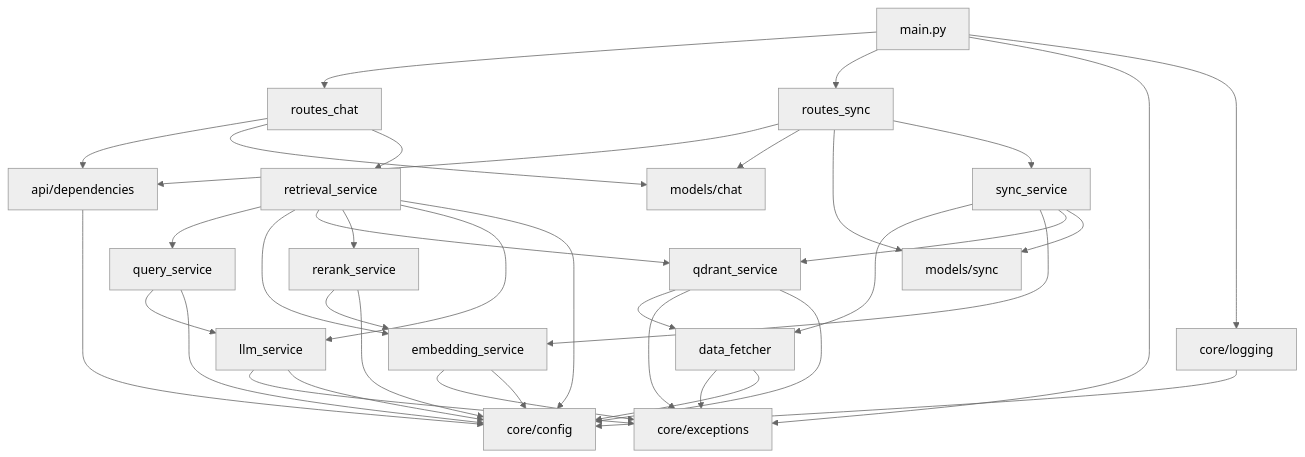
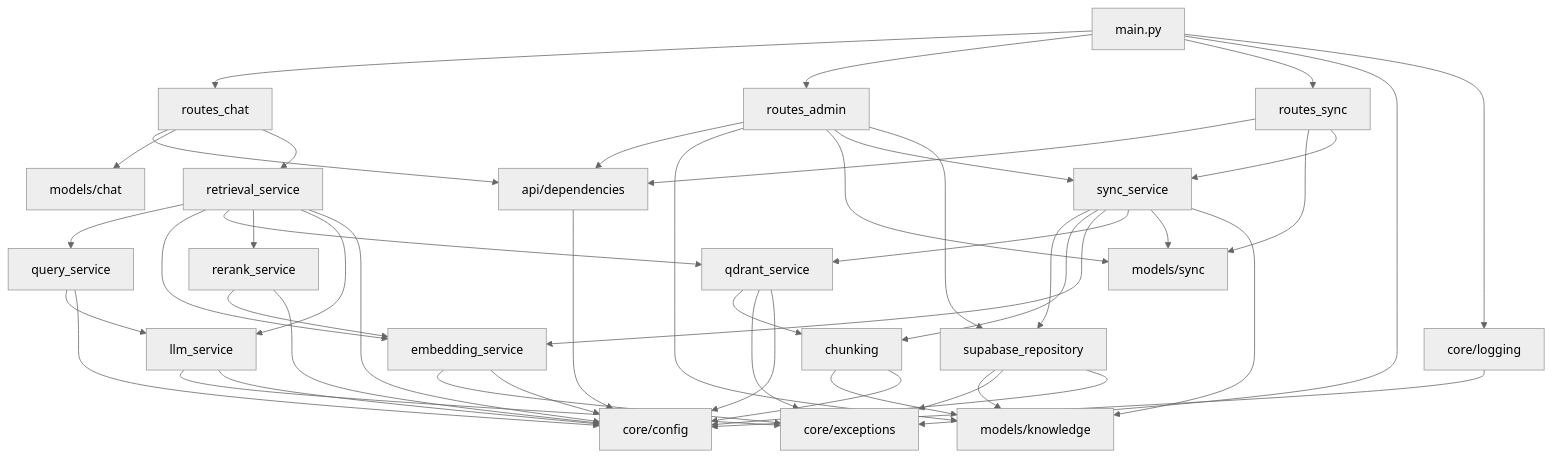
The first of 3 diagrams in CODEBASE_MAP.md (surajyadavofficial01may/ChatbotServices), drawn with Mermaid (neutral theme) before and after one commit. The commit also changed other lines of this file and 72 other files, not shown here.

````diff
--- a/CODEBASE_MAP.md
+++ b/CODEBASE_MAP.md
@@ -60,14 +69,17 @@
 ```mermaid
 flowchart TD
-    main[main.py] --> routes_chat & routes_sync
+    main[main.py] --> routes_chat & routes_admin & routes_sync
     main --> exceptions[core/exceptions] & logging[core/logging]
     routes_chat --> deps[api/dependencies] & mchat[models/chat] & retrieval
-    routes_sync --> deps & mchat & msync[models/sync] & sync
+    routes_admin --> deps & mknow[models/knowledge] & msync[models/sync] & sync & repo
+    routes_sync --> deps & msync & sync
     retrieval[retrieval_service] --> query[query_service] & embedding[embedding_service] & qdrant[qdrant_service] & rerank[rerank_service] & llm[llm_service]
     query --> llm
     rerank --> embedding
-    sync[sync_service] --> fetcher[data_fetcher] & embedding & qdrant & msync
-    qdrant --> fetcher
-    embedding & llm & qdrant & fetcher --> exceptions
-    deps & logging & embedding & llm & qdrant & fetcher & query & rerank & retrieval --> config[core/config]
+    sync[sync_service] --> repo[supabase_repository] & chunking & embedding & qdrant & msync & mknow
+    qdrant --> chunking
+    chunking --> mknow
+    repo --> mknow
+    embedding & llm & qdrant & repo --> exceptions
+    deps & logging & embedding & llm & qdrant & repo & chunking & query & rerank & retrieval --> config[core/config]
 ```
````
